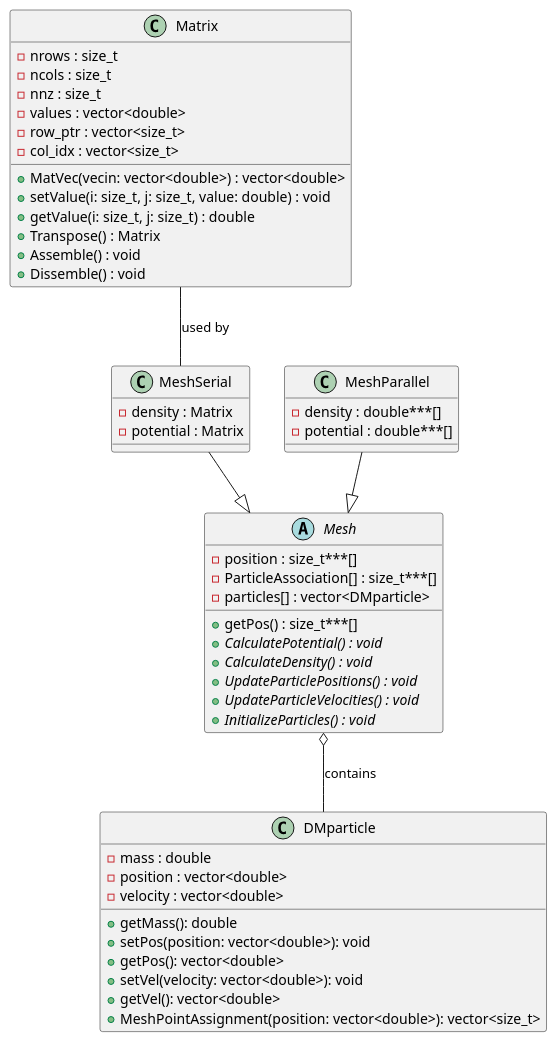
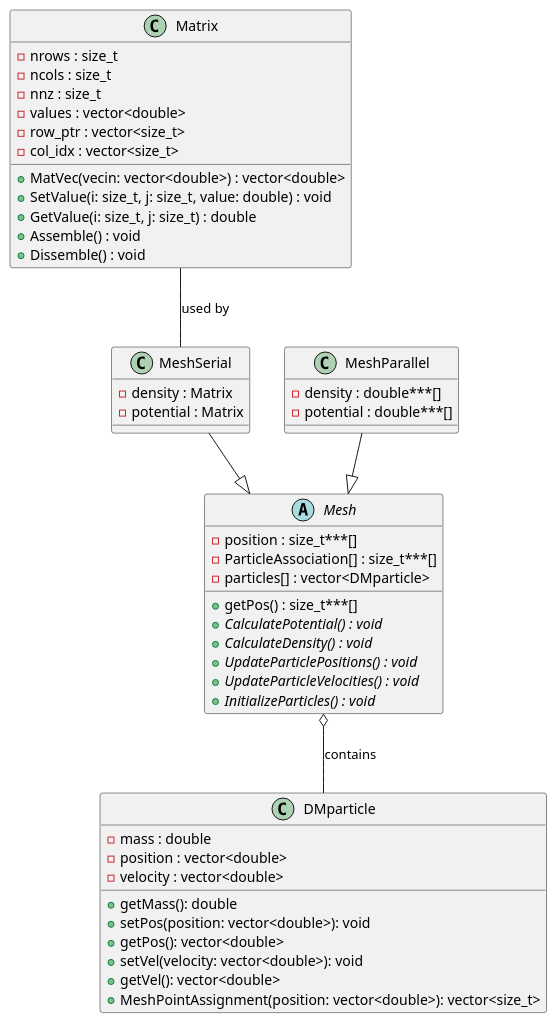
One commit to brigettesegovia/NERS570_NFW_Final_Project changed the diagram in doc/uml_diagram.puml. Above: the diagram before and after it, drawn with PlantUML. The commit also changed 5 other files, not shown here.

```diff
--- a/doc/uml_diagram.puml
+++ b/doc/uml_diagram.puml
@@ -1,55 +1,55 @@
-@startuml
+@startuml NFW
 
 class DMparticle
 DMparticle : - mass : double
 DMparticle : - position : vector<double>
 DMparticle : - velocity : vector<double>
 DMparticle : + getMass(): double
 DMparticle : + setPos(position: vector<double>): void
 DMparticle : + getPos(): vector<double>
 DMparticle : + setVel(velocity: vector<double>): void
 DMparticle : + getVel(): vector<double>
 DMparticle : + MeshPointAssignment(position: vector<double>): vector<size_t> 
 
 abstract class Mesh
 Mesh : - position : size_t***[]
 ' What particles are associated with this mesh cell
 Mesh : - ParticleAssociation[] : size_t***[]
 Mesh : - particles[] : vector<DMparticle>
 '
 Mesh : + getPos() : size_t***[]
 Mesh : {abstract} + CalculatePotential() : void
 Mesh : {abstract} + CalculateDensity() : void
 Mesh : {abstract} + UpdateParticlePositions() : void
 Mesh : {abstract} + UpdateParticleVelocities() : void
 Mesh : {abstract} + InitializeParticles() : void
 
 class MeshSerial
 MeshSerial : - density : Matrix
 MeshSerial : - potential : Matrix
 
 class MeshParallel
 MeshParallel : - density : double***[]
 MeshParallel : - potential : double***[]
 
 class Matrix
 Matrix : - nrows : size_t
 Matrix : - ncols : size_t
 Matrix : - nnz : size_t
 Matrix : - values : vector<double>
 Matrix : - row_ptr : vector<size_t>
 Matrix : - col_idx : vector<size_t>
 Matrix : + MatVec(vecin: vector<double>) : vector<double>
-Matrix : + setValue(i: size_t, j: size_t, value: double) : void
-Matrix : + getValue(i: size_t, j: size_t) : double
-Matrix : + Transpose() : Matrix
+Matrix : + SetValue(i: size_t, j: size_t, value: double) : void
+Matrix : + GetValue(i: size_t, j: size_t) : double
+'Matrix : + Transpose() : Matrix
 Matrix : + Assemble() : void
 Matrix : + Dissemble() : void
 
 
 Mesh o-- DMparticle : contains
 MeshSerial --|> Mesh
 MeshParallel --|> Mesh
 Matrix -- MeshSerial : used by
 
 @enduml
```
